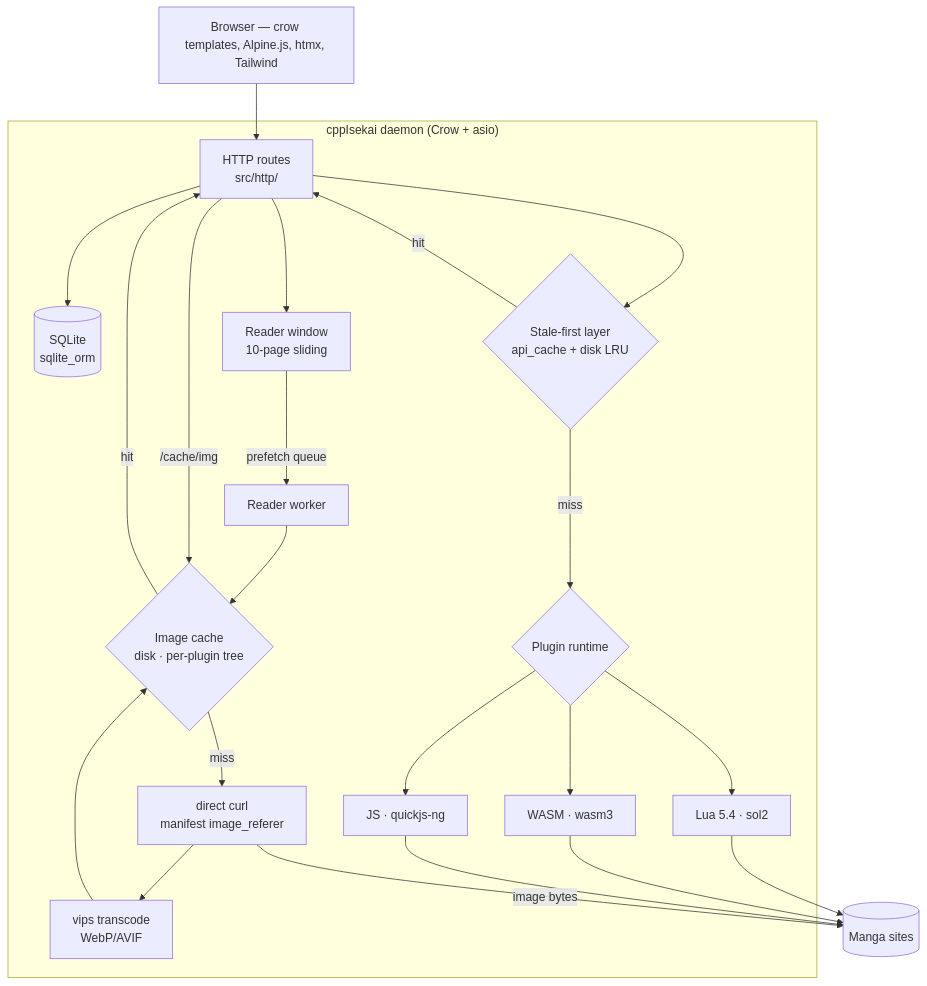
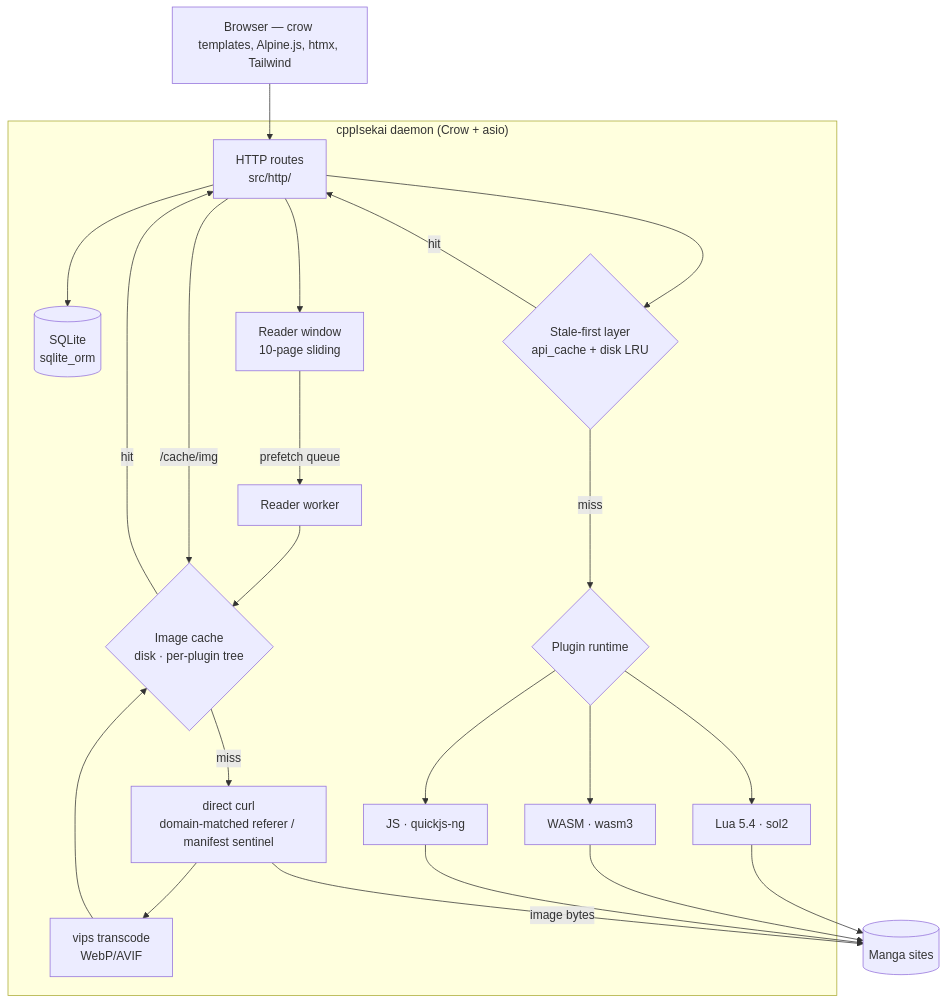
The first of 3 diagrams in README.md (kenzanin/cppIsekai), drawn with Mermaid before and after one commit. The commit also changed other lines of this file, not shown here.

````diff
--- a/README.md
+++ b/README.md
@@ -37,24 +41,24 @@
 ```mermaid
 flowchart TB
     UI["Browser — crow templates, Alpine.js, htmx, Tailwind"] --> HTTP
     subgraph daemon["cppIsekai daemon (Crow + asio)"]
         HTTP["HTTP routes<br/>src/http/"] --> Store[("SQLite<br/>sqlite_orm")]
         HTTP --> Stale{"Stale-first layer<br/>api_cache + disk LRU"}
         Stale -- hit --> HTTP
         Stale -- miss --> Plugins{"Plugin runtime"}
         Plugins --> Lua["Lua 5.4 · sol2"]
         Plugins --> Wasm["WASM · wasm3"]
         Plugins --> Js["JS · quickjs-ng"]
         HTTP --> Window["Reader window<br/>10-page sliding"]
         Window -- prefetch queue --> Worker["Reader worker"]
         Worker --> ImgCache{"Image cache<br/>disk · per-plugin tree"}
         HTTP -- /cache/img --> ImgCache
         ImgCache -- hit --> HTTP
-        ImgCache -- miss --> Curl["direct curl<br/>manifest image_referer"]
+        ImgCache -- miss --> Curl["direct curl<br/>domain-matched referer / manifest sentinel"]
         Curl --> Vips["vips transcode<br/>WebP/AVIF"] --> ImgCache
     end
     Lua --> Sites[("Manga sites")]
     Wasm --> Sites
     Js --> Sites
     Curl -- image bytes --> Sites
 ```
````
